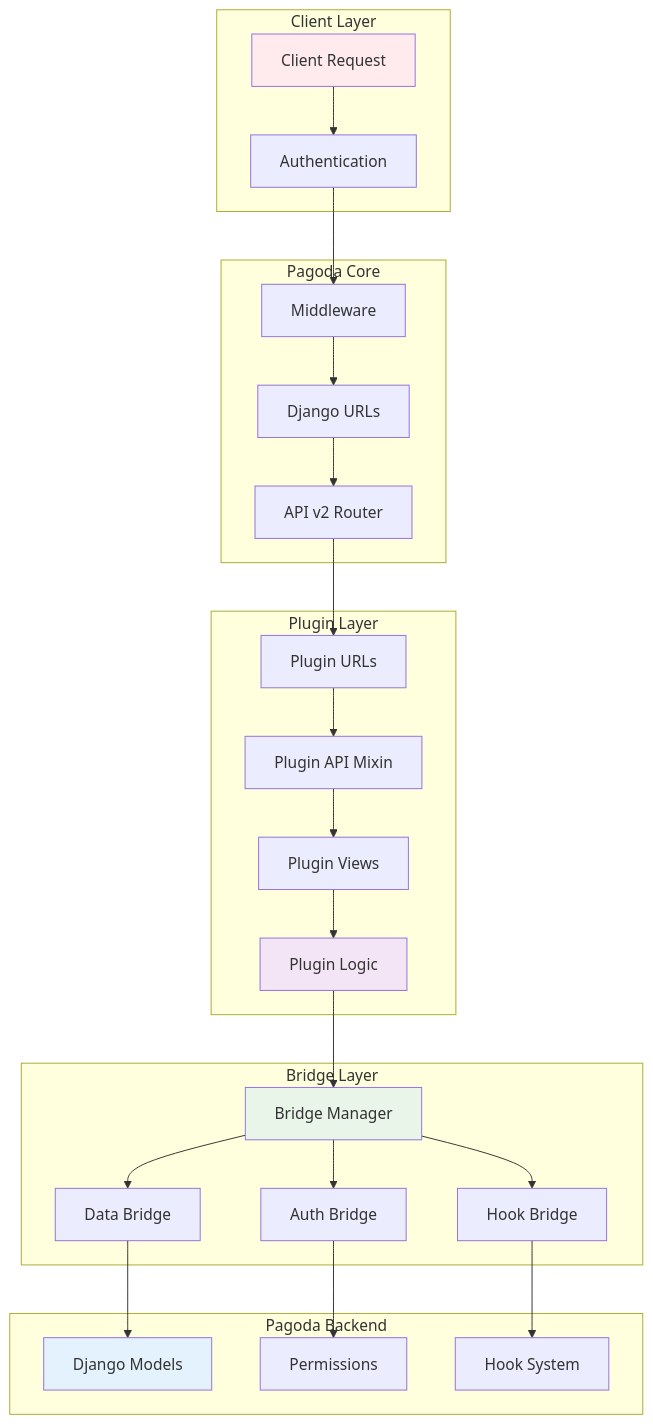
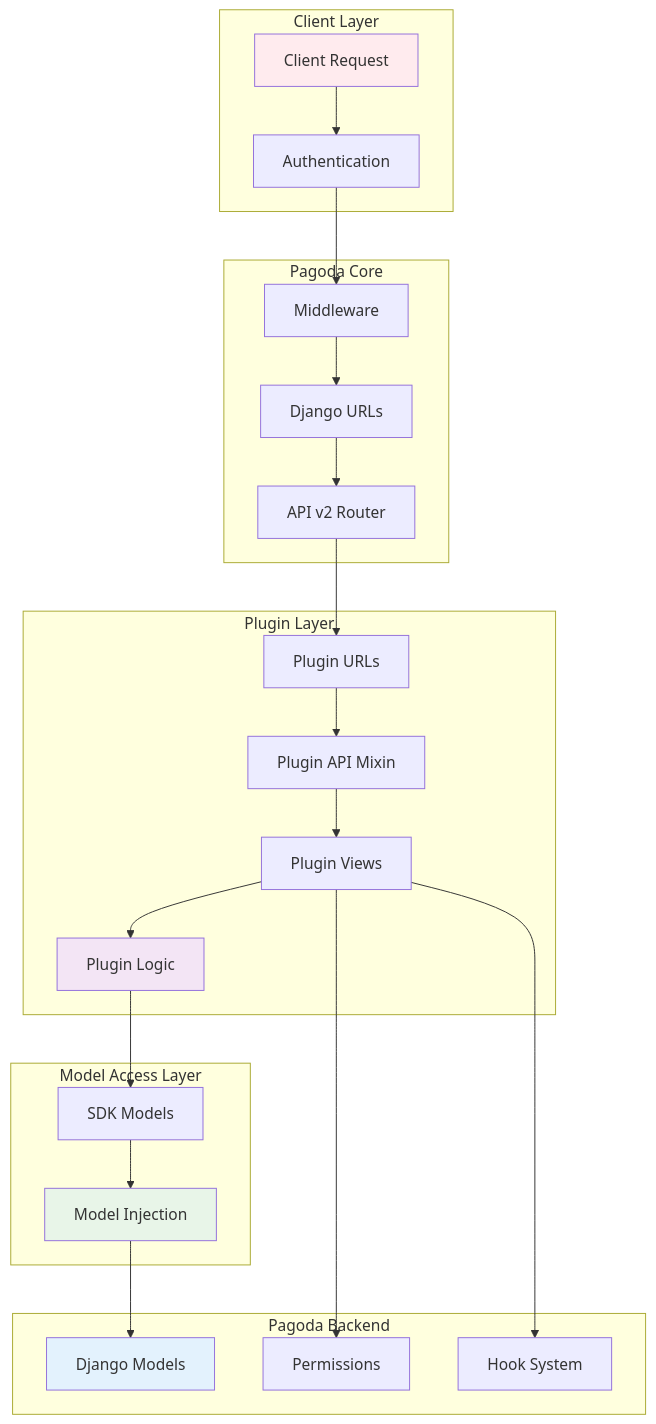
One commit to dmm-com/pagoda changed the fourth of 11 diagrams in docs/content/advanced/plugin_architecture_diagrams.md. Above: the diagram before and after it, drawn with Mermaid. The commit also changed other lines of this file and 3 other files, not shown here.

Commit message:
Add hooks attribute to Plugin class for hook handler mapping

````diff
--- a/docs/content/advanced/plugin_architecture_diagrams.md
+++ b/docs/content/advanced/plugin_architecture_diagrams.md
@@ -126,56 +125,52 @@
 ```mermaid
 graph TB
     subgraph "Client Layer"
         CL[Client Request]
         AUTH[Authentication]
     end
 
     subgraph "Pagoda Core"
         URLS[Django URLs]
         MW[Middleware]
         APIV2[API v2 Router]
     end
 
     subgraph "Plugin Layer"
         PU[Plugin URLs]
         PAM[Plugin API Mixin]
         PV[Plugin Views]
         PL[Plugin Logic]
     end
 
-    subgraph "Bridge Layer"
-        BM[Bridge Manager]
-        AB[Auth Bridge]
-        DB[Data Bridge]
-        HB[Hook Bridge]
+    subgraph "Model Access Layer"
+        MI[Model Injection]
+        SDK_MODELS[SDK Models]
     end
 
     subgraph "Pagoda Backend"
         MODELS[Django Models]
         PERMS[Permissions]
         HOOKS[Hook System]
     end
 
     CL --> AUTH
     AUTH --> MW
     MW --> URLS
     URLS --> APIV2
     APIV2 --> PU
     PU --> PAM
     PAM --> PV
     PV --> PL
 
-    PL --> BM
-    BM --> AB
-    BM --> DB
-    BM --> HB
+    PL --> SDK_MODELS
+    SDK_MODELS --> MI
+    MI --> MODELS
 
-    AB --> PERMS
-    DB --> MODELS
-    HB --> HOOKS
+    PV --> PERMS
+    PV --> HOOKS
 
     style CL fill:#ffebee
     style PL fill:#f3e5f5
-    style BM fill:#e8f5e8
+    style MI fill:#e8f5e8
     style MODELS fill:#e3f2fd
 ```
````
